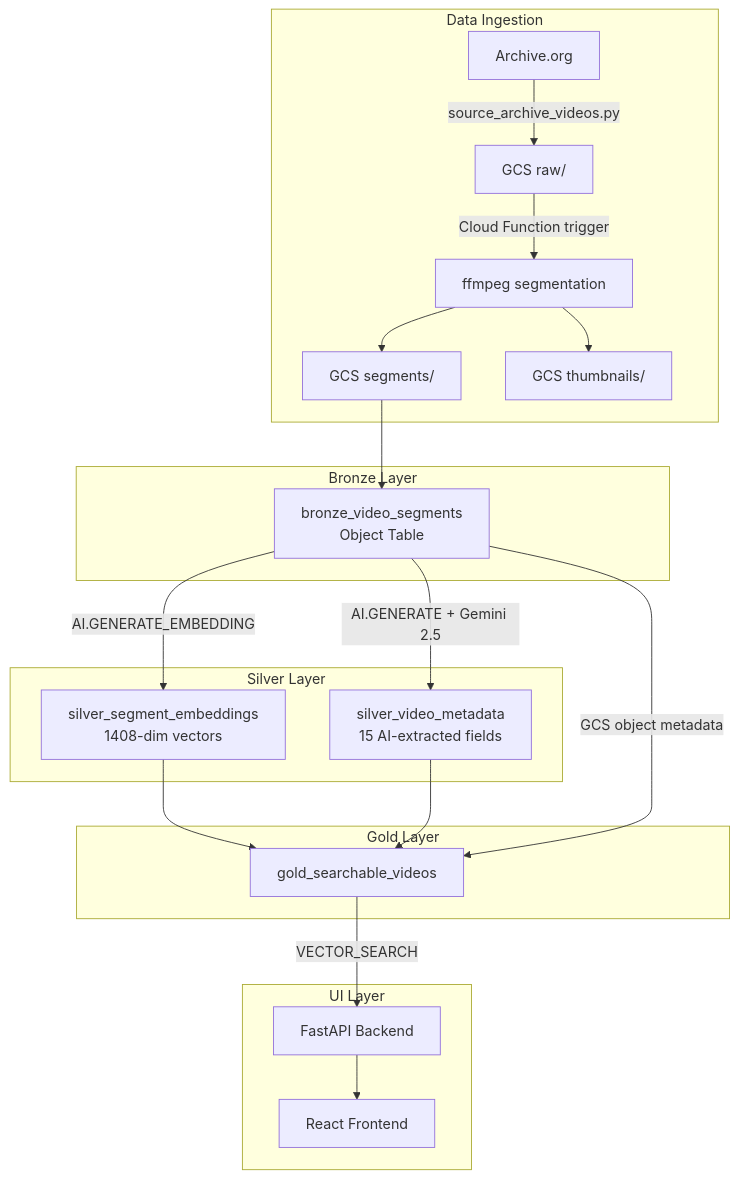
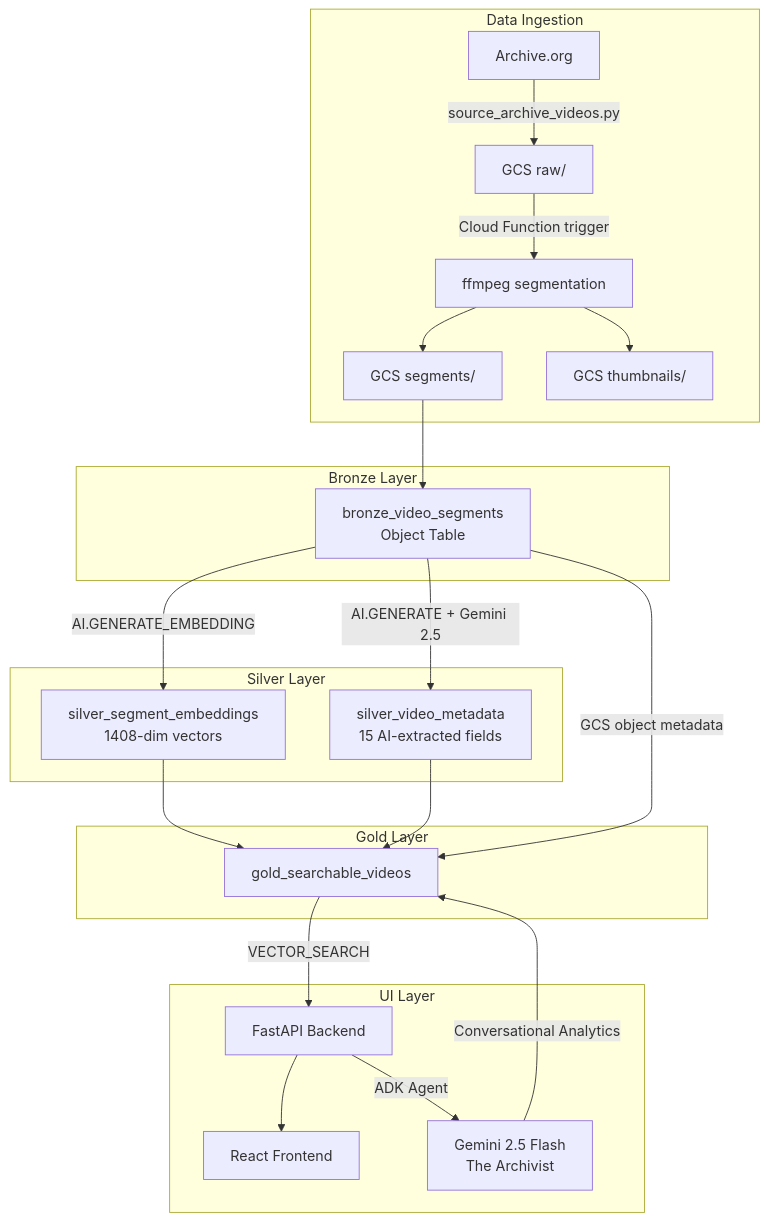
The first of 2 diagrams in docs/demos/video-vector-search/architecture.md (gCloud-Tech-Showcase/Data-Cloud), drawn with Mermaid before and after one commit. The commit also changed other lines of this file and 31 other files, not shown here.

First line of the commit message:
Add AI agent (The Archivist) to Video Vector Search demo (#14)

````diff
--- a/docs/demos/video-vector-search/architecture.md
+++ b/docs/demos/video-vector-search/architecture.md
@@ -9,29 +9,31 @@
 ```mermaid
 graph TB
     subgraph "Data Ingestion"
         A[Archive.org] -->|source_archive_videos.py| B[GCS raw/]
         B -->|Cloud Function trigger| C[ffmpeg segmentation]
         C --> D[GCS segments/]
         C --> E[GCS thumbnails/]
     end
 
     subgraph "Bronze Layer"
         D --> G[bronze_video_segments<br/>Object Table]
     end
 
     subgraph "Silver Layer"
         G -->|AI.GENERATE_EMBEDDING| H[silver_segment_embeddings<br/>1408-dim vectors]
         G -->|AI.GENERATE + Gemini 2.5| I[silver_video_metadata<br/>15 AI-extracted fields]
     end
 
     subgraph "Gold Layer"
         H --> J[gold_searchable_videos]
         I --> J
         G -->|GCS object metadata| J
     end
 
     subgraph "UI Layer"
         J -->|VECTOR_SEARCH| K[FastAPI Backend]
         K --> L[React Frontend]
+        K -->|ADK Agent| M[Gemini 2.5 Flash<br/>The Archivist]
+        M -->|Conversational Analytics| J
     end
 ```
````
